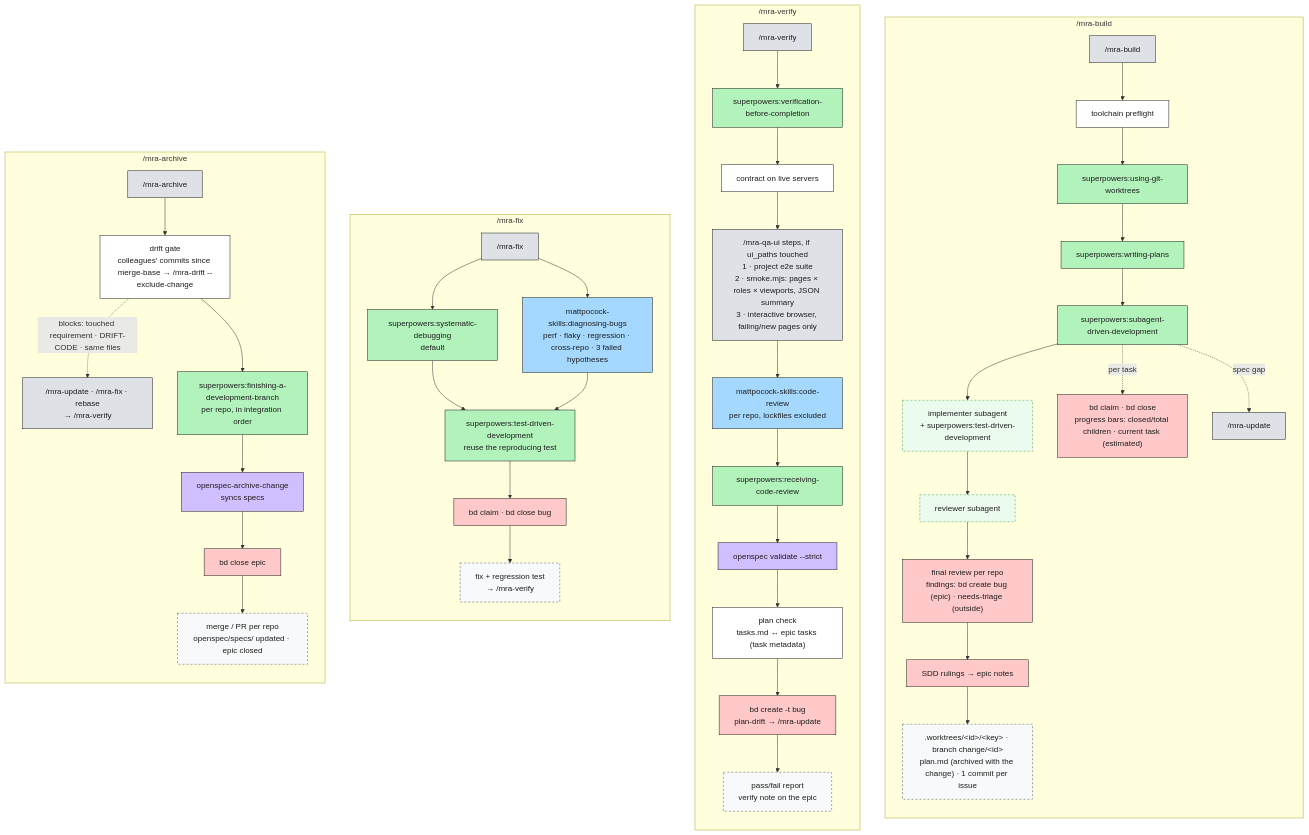
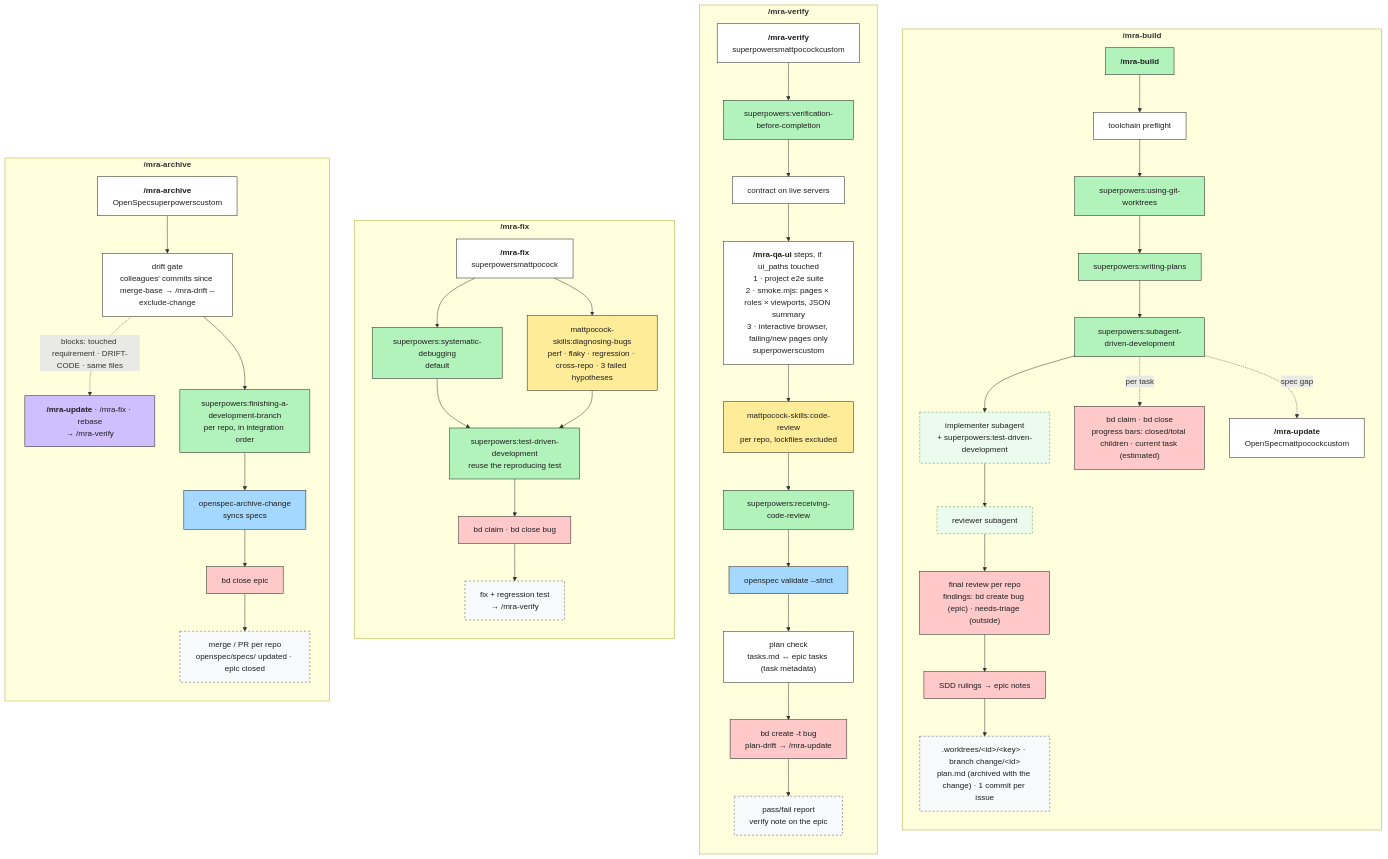
The third of 5 diagrams in payload/orchestrator/.mra-flow/docs/mra-flow.md (Ancora-Ancora/mra-flow), drawn with Mermaid before and after one commit. The commit also changed other lines of this file and 3 other files, not shown here.

First line of the commit message:
Colour the workflow diagram by skill family, add an Excalidraw version; release 0.1.18

````diff
--- a/payload/orchestrator/.mra-flow/docs/mra-flow.md
+++ b/payload/orchestrator/.mra-flow/docs/mra-flow.md
@@ -110,56 +133,61 @@
 ```mermaid
+%%{init: {"themeCSS": ".t{font-size:1.25em;font-weight:700} .bos,.bsp,.bmp,.bcu{padding:2px 6px} .bos{background:#a5d8ff} .bsp{background:#b2f2bb} .bmp{background:#ffec99} .bcu{background:#d0bfff}"}}%%
 flowchart TB
-    classDef phase fill:#dee2e6,stroke:#1e1e1e,color:#1e1e1e
+    classDef phase fill:#d0bfff,stroke:#1e1e1e,color:#1e1e1e
+    classDef oswrap fill:#a5d8ff,stroke:#1e1e1e,color:#1e1e1e
+    classDef striped fill:#ffffff,stroke:#1e1e1e,color:#1e1e1e
+    classDef stripedopt fill:#ffffff,stroke:#1e1e1e,stroke-dasharray:5 5,color:#1e1e1e
+    classDef spwrap fill:#b2f2bb,stroke:#1e1e1e,color:#1e1e1e
     classDef mpwrap fill:#ffec99,stroke:#1e1e1e,color:#1e1e1e
     classDef sp fill:#b2f2bb,stroke:#1e1e1e,color:#1e1e1e
-    classDef mp fill:#a5d8ff,stroke:#1e1e1e,color:#1e1e1e
-    classDef os fill:#d0bfff,stroke:#1e1e1e,color:#1e1e1e
+    classDef mp fill:#ffec99,stroke:#1e1e1e,color:#1e1e1e
+    classDef os fill:#a5d8ff,stroke:#1e1e1e,color:#1e1e1e
     classDef bd fill:#ffc9c9,stroke:#1e1e1e,color:#1e1e1e
     classDef art fill:#f8f9fa,stroke:#495057,stroke-dasharray:4 4,color:#1e1e1e
     classDef sub fill:#ebfbee,stroke:#2f9e44,stroke-dasharray:4 4,color:#1e1e1e
     classDef step fill:#ffffff,stroke:#1e1e1e,color:#1e1e1e
 
-    subgraph BU["/mra-build"]
+    subgraph BU["<b class='t'>/mra-build</b>"]
         direction TB
-        bu["/mra-build"]:::phase --> bu0["toolchain preflight"]:::step
+        bu["<b class='t'>/mra-build</b>"]:::spwrap --> bu0["toolchain preflight"]:::step
         bu0 --> bu1["superpowers:using-git-worktrees"]:::sp
         bu1 --> bu2["superpowers:writing-plans"]:::sp
         bu2 --> bu3["superpowers:subagent-driven-development"]:::sp
         bu3 --> bu4["implementer subagent<br/>+ superpowers:test-driven-development"]:::sub
         bu4 --> bu5["reviewer subagent"]:::sub
         bu3 -. per task .-> bu6["bd claim · bd close<br/>progress bars: closed/total children · current task (estimated)"]:::bd
-        bu3 -. spec gap .-> bu7["/mra-update"]:::phase
+        bu3 -. spec gap .-> bu7["<b class='t'>/mra-update</b><br/><span class='bos'>OpenSpec</span><span class='bmp'>mattpocock</span><span class='bcu'>custom</span>"]:::striped
         bu5 --> bu8["final review per repo<br/>findings: bd create bug (epic) · needs-triage (outside)"]:::bd
         bu8 --> bu9["SDD rulings → epic notes"]:::bd
         bu9 --> buA[".worktrees/#lt;id#gt;/#lt;key#gt; · branch change/#lt;id#gt;<br/>plan.md (archived with the change) · 1 commit per issue"]:::art
     end
-    subgraph VE["/mra-verify"]
+    subgraph VE["<b class='t'>/mra-verify</b>"]
         direction TB
-        ve["/mra-verify"]:::phase --> ve1["superpowers:verification-before-completion"]:::sp
+        ve["<b class='t'>/mra-verify</b><br/><span class='bsp'>superpowers</span><span class='bmp'>mattpocock</span><span class='bcu'>custom</span>"]:::striped --> ve1["superpowers:verification-before-completion"]:::sp
         ve1 --> ve6["contract on live servers"]:::step
-        ve6 --> ve8["/mra-qa-ui steps, if ui_paths touched<br/>1 · project e2e suite<br/>2 · smoke.mjs: pages × roles × viewports, JSON summary<br/>3 · interactive browser, failing/new pages only"]:::phase
+        ve6 --> ve8["<b class='t'>/mra-qa-ui</b> steps, if ui_paths touched<br/>1 · project e2e suite<br/>2 · smoke.mjs: pages × roles × viewports, JSON summary<br/>3 · interactive browser, failing/new pages only<br/><span class='bsp'>superpowers</span><span class='bcu'>custom</span>"]:::striped
         ve8 --> ve2["mattpocock-skills:code-review<br/>per repo, lockfiles excluded"]:::mp
         ve2 --> ve3["superpowers:receiving-code-review"]:::sp
         ve3 --> ve4["openspec validate --strict"]:::os
         ve4 --> ve7["plan check<br/>tasks.md ↔ epic tasks (task metadata)"]:::step
         ve7 --> ve5["bd create -t bug<br/>plan-drift → /mra-update"]:::bd
         ve5 --> veA["pass/fail report<br/>verify note on the epic"]:::art
     end
-    subgraph FX["/mra-fix"]
+    subgraph FX["<b class='t'>/mra-fix</b>"]
         direction TB
-        fx["/mra-fix"]:::phase --> fx1["superpowers:systematic-debugging<br/>default"]:::sp
+        fx["<b class='t'>/mra-fix</b><br/><span class='bsp'>superpowers</span><span class='bmp'>mattpocock</span>"]:::striped --> fx1["superpowers:systematic-debugging<br/>default"]:::sp
         fx --> fx2["mattpocock-skills:diagnosing-bugs<br/>perf · flaky · regression · cross-repo · 3 failed hypotheses"]:::mp
         fx1 & fx2 --> fx3["superpowers:test-driven-development<br/>reuse the reproducing test"]:::sp
         fx3 --> fx4["bd claim · bd close bug"]:::bd
         fx4 --> fxA["fix + regression test<br/>→ /mra-verify"]:::art
     end
-    subgraph AR["/mra-archive"]
+    subgraph AR["<b class='t'>/mra-archive</b>"]
         direction TB
-        ar["/mra-archive"]:::phase --> ar0["drift gate<br/>colleagues' commits since merge-base → /mra-drift --exclude-change"]:::step
-        ar0 -. "blocks: touched requirement · DRIFT-CODE · same files" .-> ar0b["/mra-update · /mra-fix · rebase<br/>→ /mra-verify"]:::phase
+        ar["<b class='t'>/mra-archive</b><br/><span class='bos'>OpenSpec</span><span class='bsp'>superpowers</span><span class='bcu'>custom</span>"]:::striped --> ar0["drift gate<br/>colleagues' commits since merge-base → /mra-drift --exclude-change"]:::step
+        ar0 -. "blocks: touched requirement · DRIFT-CODE · same files" .-> ar0b["<b class='t'>/mra-update</b> · /mra-fix · rebase<br/>→ /mra-verify"]:::phase
         ar0 --> ar1["superpowers:finishing-a-development-branch<br/>per repo, in integration order"]:::sp
         ar1 --> ar2["openspec-archive-change<br/>syncs specs"]:::os
         ar2 --> ar3["bd close epic"]:::bd
         ar3 --> arA["merge / PR per repo<br/>openspec/specs/ updated · epic closed"]:::art
     end
 ```
````
